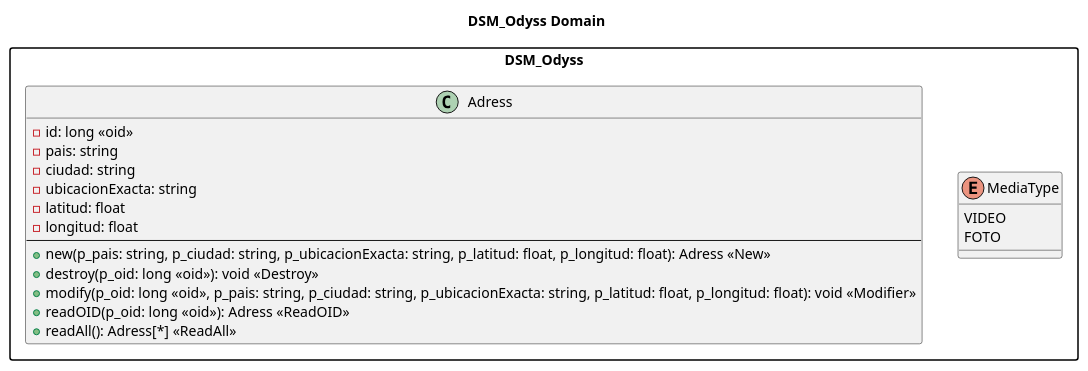
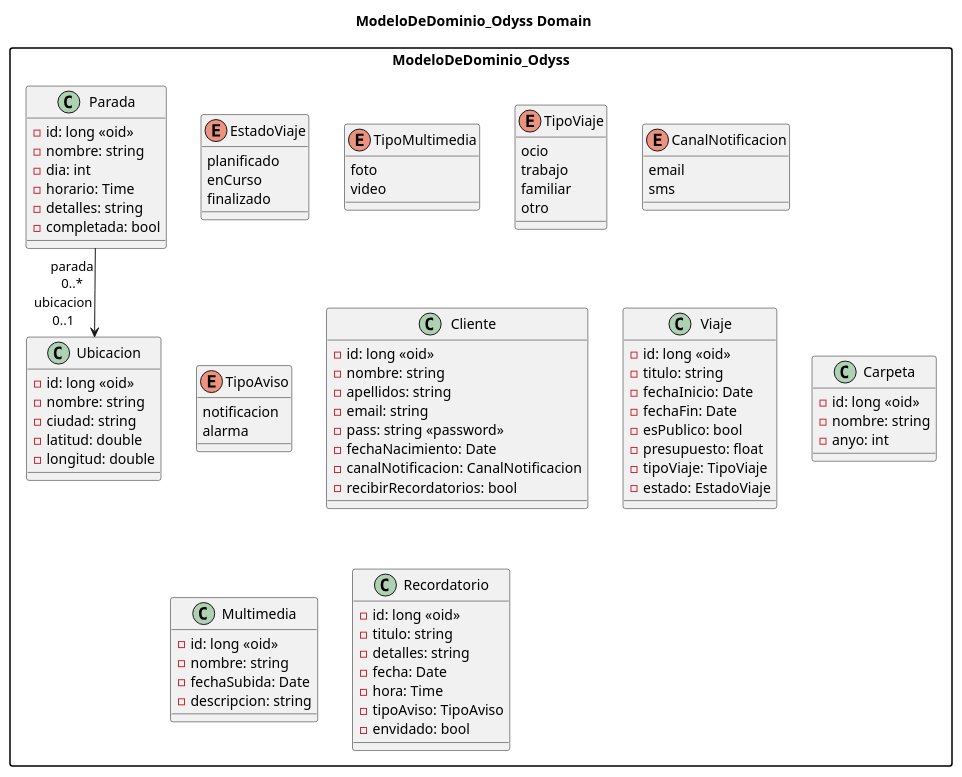
The diagram in DSM_Odyss/DSM_Odyss.puml (alexpunzi/DSM_Odyss), drawn with PlantUML before and after one commit. The commit also changed 3 other files, not shown here.

```diff
--- a/DSM_Odyss/DSM_Odyss.puml
+++ b/DSM_Odyss/DSM_Odyss.puml
@@ -1,27 +1,99 @@
-@startuml DSM_Odyss
+@startuml ModeloDeDominio_Odyss
 skinparam packageStyle rectangle
-title DSM_Odyss Domain
+title ModeloDeDominio_Odyss Domain
 
-package "DSM_Odyss" {
-  enum MediaType {
-    VIDEO
-    FOTO
+package "ModeloDeDominio_Odyss" {
+  enum EstadoViaje {
+    planificado
+    enCurso
+    finalizado
   }
 
-  class Adress {
-    -id: long <<oid>>
-    -pais: string
-    -ciudad: string
-    -ubicacionExacta: string
-    -latitud: float
-    -longitud: float
-    --
-    +new(p_pais: string, p_ciudad: string, p_ubicacionExacta: string, p_latitud: float, p_longitud: float): Adress <<New>>
-    +destroy(p_oid: long <<oid>>): void <<Destroy>>
-    +modify(p_oid: long <<oid>>, p_pais: string, p_ciudad: string, p_ubicacionExacta: string, p_latitud: float, p_longitud: float): void <<Modifier>>
-    +readOID(p_oid: long <<oid>>): Adress <<ReadOID>>
-    +readAll(): Adress[*] <<ReadAll>>
+  enum TipoMultimedia {
+    foto
+    video
   }
 
+  enum TipoViaje {
+    ocio
+    trabajo
+    familiar
+    otro
+  }
+
+  enum CanalNotificacion {
+    email
+    sms
+  }
+
+  enum TipoAviso {
+    notificacion
+    alarma
+  }
+
+  class Cliente {
+    -id: long <<oid>>
+    -nombre: string
+    -apellidos: string
+    -email: string
+    -pass: string <<password>>
+    -fechaNacimiento: Date
+    -canalNotificacion: CanalNotificacion
+    -recibirRecordatorios: bool
+  }
+
+  class Viaje {
+    -id: long <<oid>>
+    -titulo: string
+    -fechaInicio: Date
+    -fechaFin: Date
+    -esPublico: bool
+    -presupuesto: float
+    -tipoViaje: TipoViaje
+    -estado: EstadoViaje
+  }
+
+  class Parada {
+    -id: long <<oid>>
+    -nombre: string
+    -dia: int
+    -horario: Time
+    -detalles: string
+    -completada: bool
+  }
+
+  class Carpeta {
+    -id: long <<oid>>
+    -nombre: string
+    -anyo: int
+  }
+
+  class Multimedia {
+    -id: long <<oid>>
+    -nombre: string
+    -fechaSubida: Date
+    -descripcion: string
+  }
+
+  class Ubicacion {
+    -id: long <<oid>>
+    -nombre: string
+    -ciudad: string
+    -latitud: double
+    -longitud: double
+  }
+
+  class Recordatorio {
+    -id: long <<oid>>
+    -titulo: string
+    -detalles: string
+    -fecha: Date
+    -hora: Time
+    -tipoAviso: TipoAviso
+    -envidado: bool
+  }
+
+  ' Relationships
+  Parada "parada\n0..*" --> "ubicacion\n0..1" Ubicacion
 }
 @enduml
```
